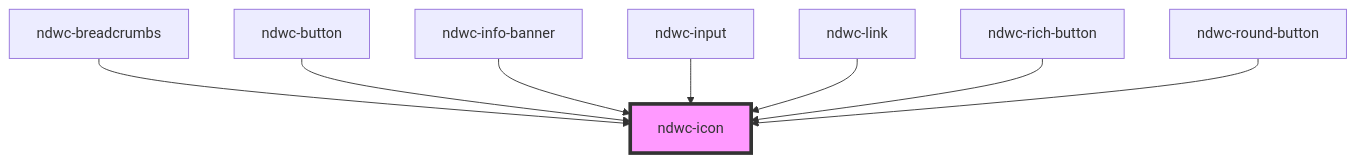
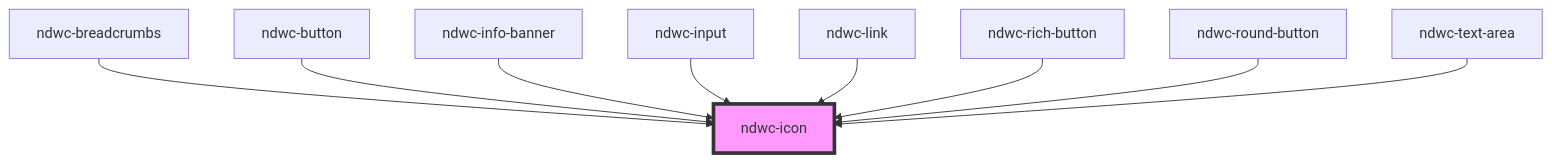
One commit to wes337/ndw-components changed the diagram in src/components/icon/readme.md. Above: the diagram before and after it, drawn with Mermaid. The commit also changed other lines of this file and 8 other files, not shown here.

Commit message:
create text area component, add clearable prop to input

````diff
--- a/src/components/icon/readme.md
+++ b/src/components/icon/readme.md
@@ -28,11 +29,12 @@
 ```mermaid
 graph TD;
   ndwc-breadcrumbs --> ndwc-icon
   ndwc-button --> ndwc-icon
   ndwc-info-banner --> ndwc-icon
   ndwc-input --> ndwc-icon
   ndwc-link --> ndwc-icon
   ndwc-rich-button --> ndwc-icon
   ndwc-round-button --> ndwc-icon
+  ndwc-text-area --> ndwc-icon
   style ndwc-icon fill:#f9f,stroke:#333,stroke-width:4px
 ```
````
